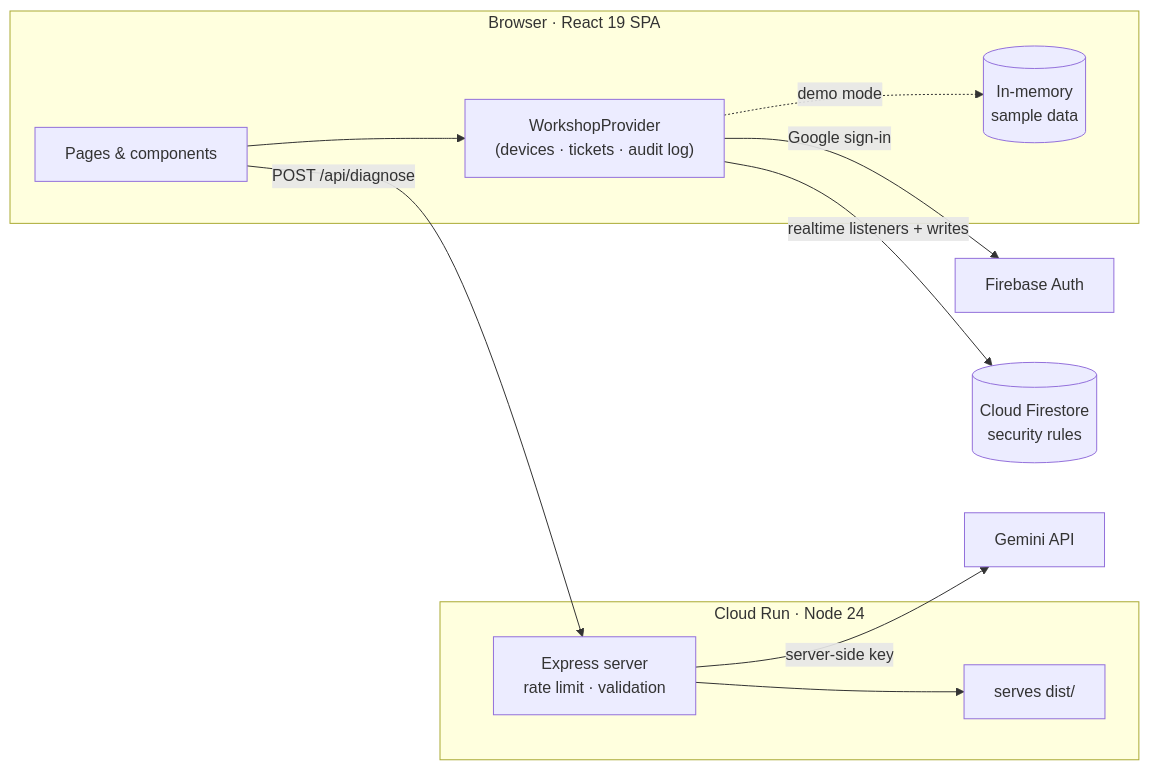
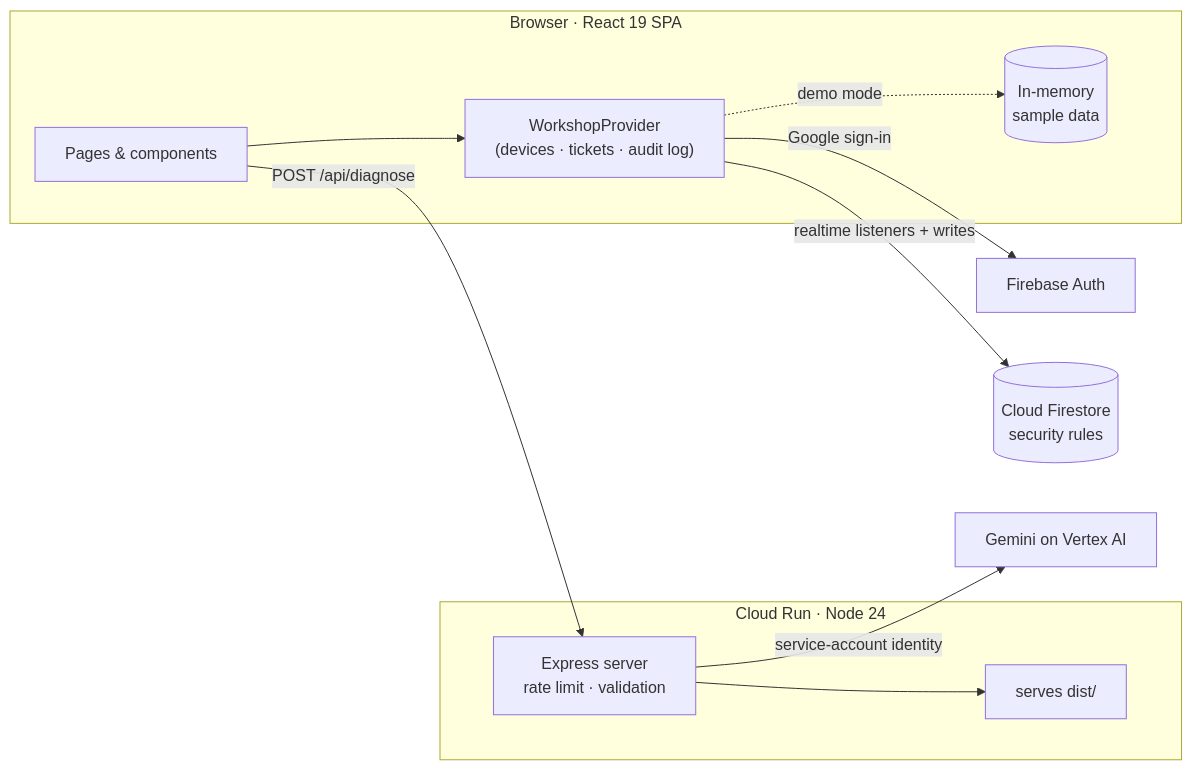
One commit to aydarusfarah/SetupOps-platform changed the diagram in README.md. Above: the diagram before and after it, drawn with Mermaid. The commit also changed other lines of this file and 4 other files, not shown here.

First line of the commit message:
feat(deploy): keyless Gemini via Vertex AI; live on Cloud Run

````diff
--- a/README.md
+++ b/README.md
@@ -64,17 +65,17 @@
 ```mermaid
 flowchart LR
   subgraph Browser["Browser · React 19 SPA"]
     UI["Pages & components"] --> State["WorkshopProvider<br/>(devices · tickets · audit log)"]
     State -.->|demo mode| Local[("In-memory<br/>sample data")]
   end
 
   State -->|Google sign-in| FAuth["Firebase Auth"]
   State -->|realtime listeners + writes| FS[("Cloud Firestore<br/>security rules")]
   UI -->|POST /api/diagnose| API
 
   subgraph Run["Cloud Run · Node 24"]
     API["Express server<br/>rate limit · validation"] --> Static["serves dist/"]
   end
 
-  API -->|server-side key| Gemini["Gemini API"]
+  API -->|service-account identity| Gemini["Gemini on Vertex AI"]
 ```
````
